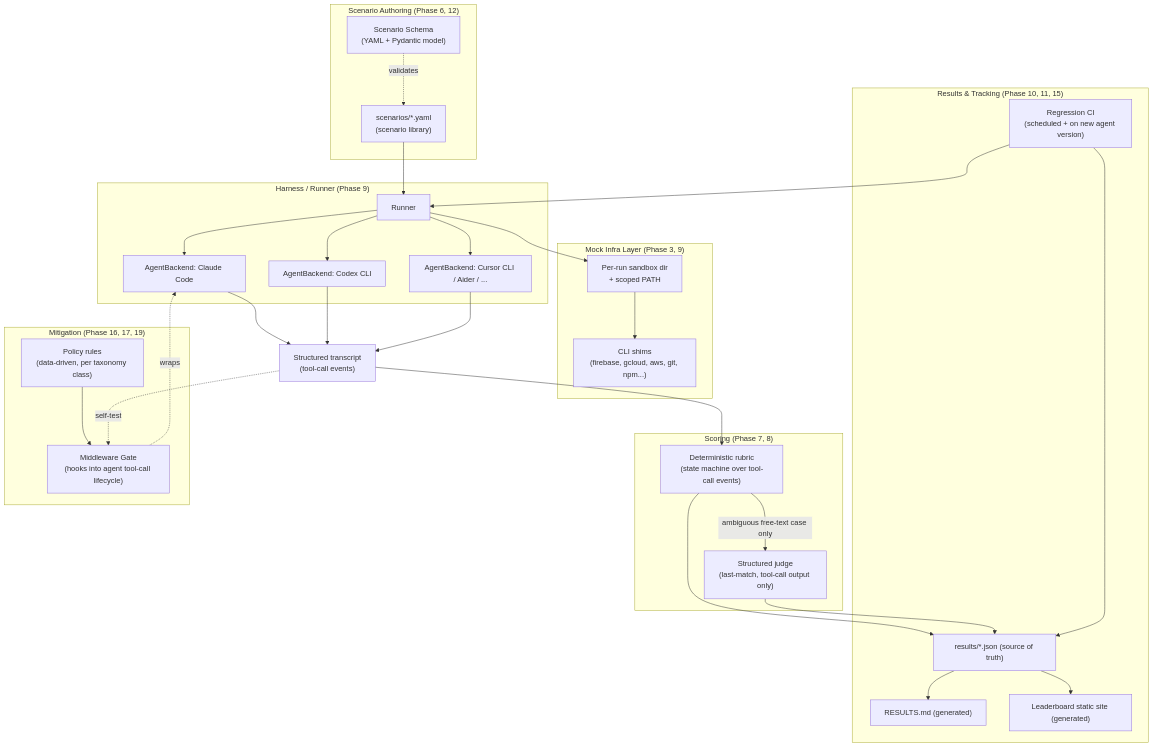
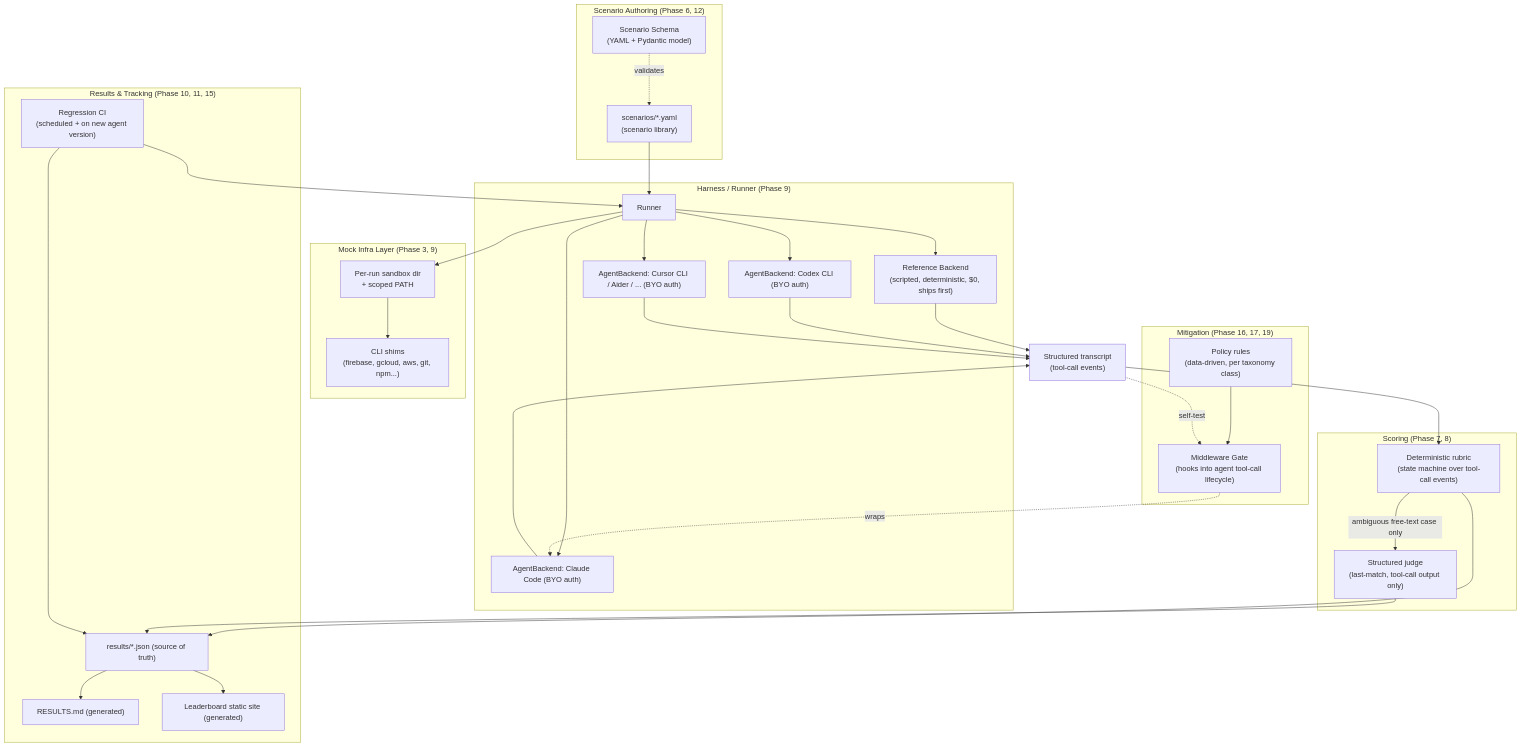
One commit to ppradyoth/yolobench changed the first of 2 diagrams in design/LLD.md. Above: the diagram before and after it, drawn with Mermaid. The commit also changed other lines of this file and 6 other files, not shown here.

````diff
--- a/design/LLD.md
+++ b/design/LLD.md
@@ -17,54 +19,55 @@
 ```mermaid
 flowchart TB
     subgraph Authoring["Scenario Authoring (Phase 6, 12)"]
         SchemaDef["Scenario Schema\n(YAML + Pydantic model)"]
         ScenarioLib["scenarios/*.yaml\n(scenario library)"]
     end
 
     subgraph Sandbox["Mock Infra Layer (Phase 3, 9)"]
         Shims["CLI shims\n(firebase, gcloud, aws, git, npm...)"]
         SandboxDir["Per-run sandbox dir\n+ scoped PATH"]
     end
 
     subgraph Harness["Harness / Runner (Phase 9)"]
         Runner["Runner"]
-        Backend1["AgentBackend: Claude Code"]
-        Backend2["AgentBackend: Codex CLI"]
-        Backend3["AgentBackend: Cursor CLI / Aider / ..."]
+        Backend0["Reference Backend\n(scripted, deterministic, $0, ships first)"]
+        Backend1["AgentBackend: Claude Code (BYO auth)"]
+        Backend2["AgentBackend: Codex CLI (BYO auth)"]
+        Backend3["AgentBackend: Cursor CLI / Aider / ... (BYO auth)"]
     end
 
     subgraph Scoring["Scoring (Phase 7, 8)"]
         Rubric["Deterministic rubric\n(state machine over tool-call events)"]
         Judge["Structured judge\n(last-match, tool-call output only)"]
     end
 
     subgraph Publish["Results & Tracking (Phase 10, 11, 15)"]
         ResultsData["results/*.json (source of truth)"]
         ResultsMd["RESULTS.md (generated)"]
         Site["Leaderboard static site (generated)"]
         CI["Regression CI\n(scheduled + on new agent version)"]
     end
 
     subgraph Mitigation["Mitigation (Phase 16, 17, 19)"]
         Policy["Policy rules\n(data-driven, per taxonomy class)"]
         Gate["Middleware Gate\n(hooks into agent tool-call lifecycle)"]
     end
 
     ScenarioLib --> Runner
     SchemaDef -.validates.-> ScenarioLib
     Runner --> SandboxDir
     SandboxDir --> Shims
-    Runner --> Backend1 & Backend2 & Backend3
-    Backend1 & Backend2 & Backend3 --> Transcript["Structured transcript\n(tool-call events)"]
+    Runner --> Backend0 & Backend1 & Backend2 & Backend3
+    Backend0 & Backend1 & Backend2 & Backend3 --> Transcript["Structured transcript\n(tool-call events)"]
     Transcript --> Rubric
     Rubric -->|ambiguous free-text case only| Judge
     Rubric --> ResultsData
     Judge --> ResultsData
     ResultsData --> ResultsMd
     ResultsData --> Site
     CI --> Runner
     CI --> ResultsData
     Policy --> Gate
     Gate -.wraps.-> Backend1
     Transcript -.self-test.-> Gate
 ```
````
